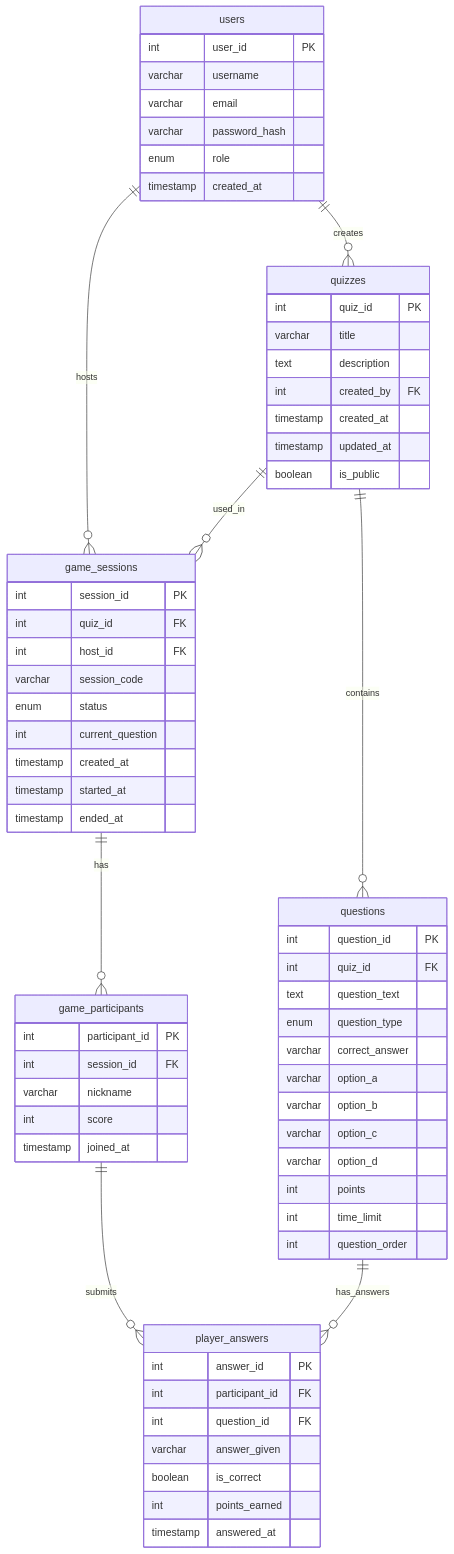
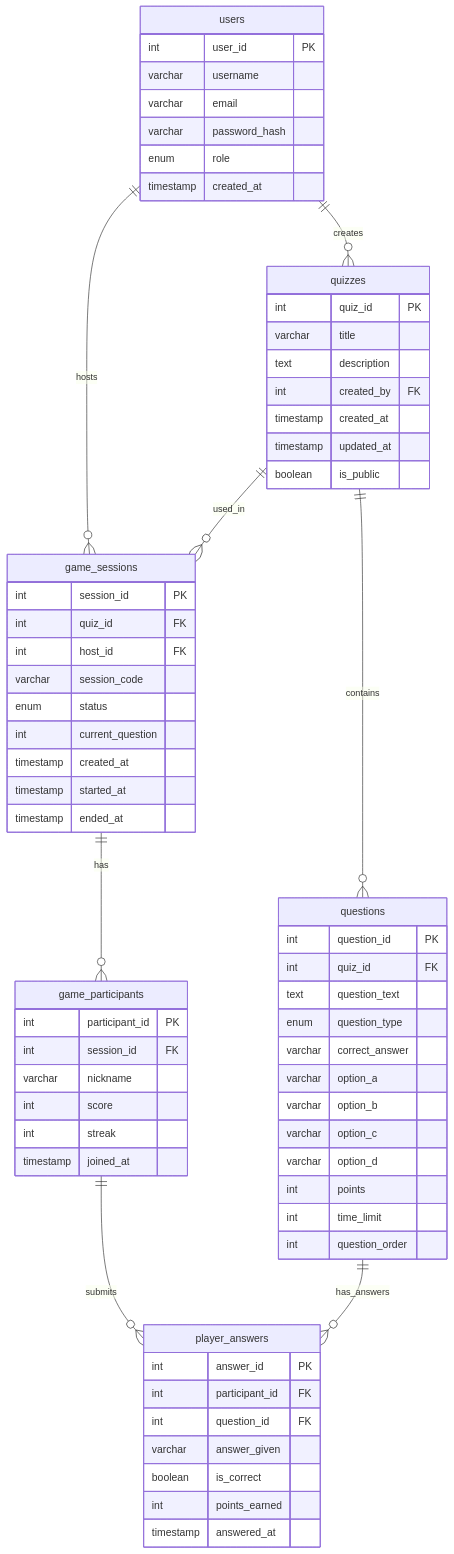
One commit to EnovWayoi/CSIS3126_Wayoi changed the diagram in docs/Database_Design.md. Above: the diagram before and after it, drawn with Mermaid. The commit also changed other lines of this file, not shown here.

Commit message:
docs: update ERD and business rules with streak column

````diff
--- a/docs/Database_Design.md
+++ b/docs/Database_Design.md
@@ -12,69 +12,70 @@
 ```mermaid
 erDiagram
     users {
         int user_id PK
         varchar username
         varchar email
         varchar password_hash
         enum role
         timestamp created_at
     }
     quizzes {
         int quiz_id PK
         varchar title
         text description
         int created_by FK
         timestamp created_at
         timestamp updated_at
         boolean is_public
     }
     questions {
         int question_id PK
         int quiz_id FK
         text question_text
         enum question_type
         varchar correct_answer
         varchar option_a
         varchar option_b
         varchar option_c
         varchar option_d
         int points
         int time_limit
         int question_order
     }
     game_sessions {
         int session_id PK
         int quiz_id FK
         int host_id FK
         varchar session_code
         enum status
         int current_question
         timestamp created_at
         timestamp started_at
         timestamp ended_at
     }
     game_participants {
         int participant_id PK
         int session_id FK
         varchar nickname
         int score
+        int streak
         timestamp joined_at
     }
     player_answers {
         int answer_id PK
         int participant_id FK
         int question_id FK
         varchar answer_given
         boolean is_correct
         int points_earned
         timestamp answered_at
     }
 
     users ||--o{ quizzes : "creates"
     users ||--o{ game_sessions : "hosts"
     quizzes ||--o{ questions : "contains"
     quizzes ||--o{ game_sessions : "used_in"
     game_sessions ||--o{ game_participants : "has"
     game_participants ||--o{ player_answers : "submits"
     questions ||--o{ player_answers : "has_answers"
 ```
````
